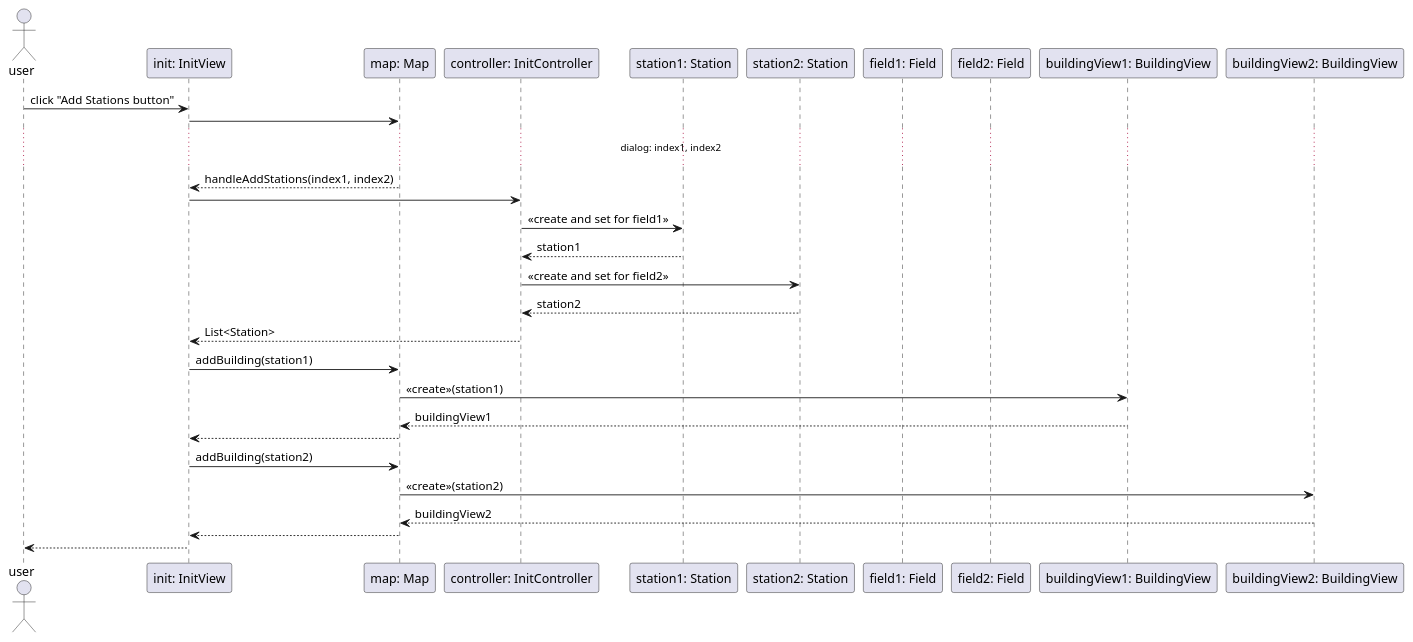
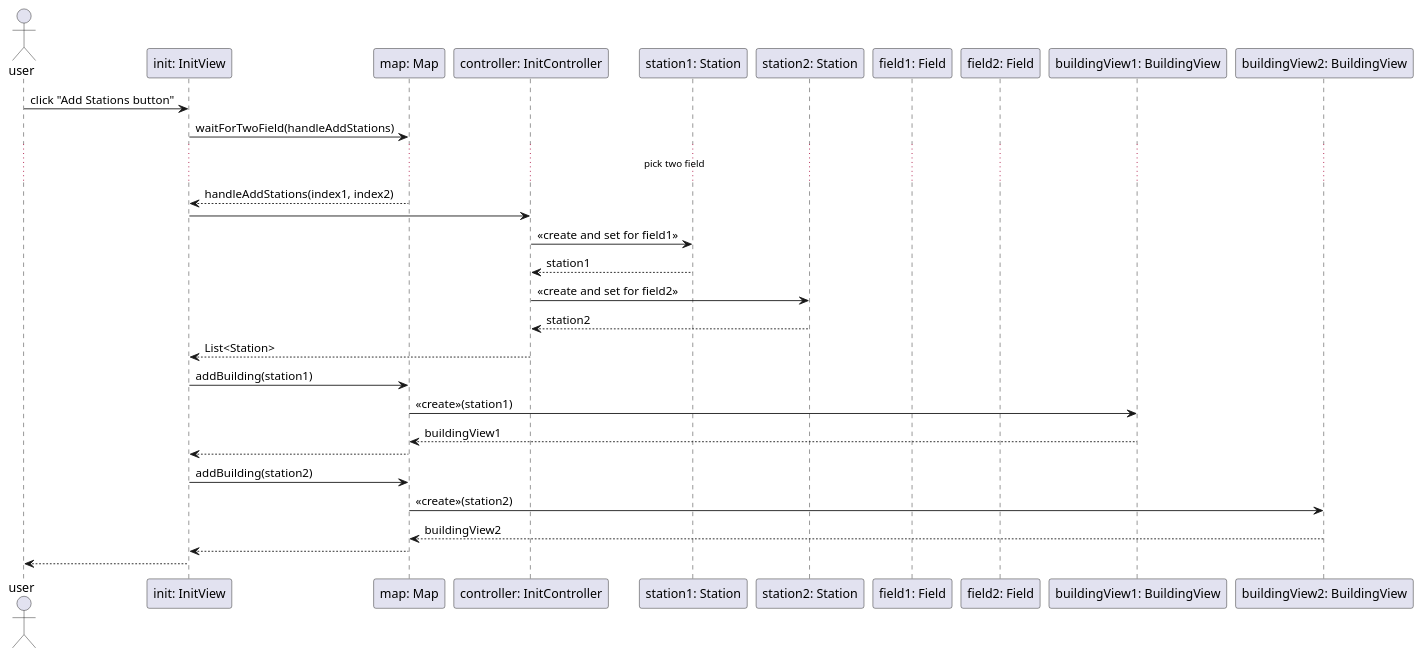
Before and after one commit to uhrinandor/spring: the diagram in docs/graphics/sequence/addStation.plantuml, drawn with PlantUML. The commit also changed 6 other files, not shown here.

```diff
--- a/docs/graphics/sequence/addStation.plantuml
+++ b/docs/graphics/sequence/addStation.plantuml
@@ -1,37 +1,37 @@
 @startuml
 
 actor "user" as user
 participant "init: InitView" as init
 participant "map: Map" as map
 participant "controller: InitController" as controller
 participant "station1: Station" as 1
 participant "station2: Station" as 2
 participant "field1: Field" as field1
 participant "field2: Field" as field2
 participant "buildingView1: BuildingView" as buildingView1
 participant "buildingView2: BuildingView" as buildingView2
 
 user -> init: click "Add Stations button"
-init -> map:
-   ... dialog: index1, index2...
+init -> map: waitForTwoField(handleAddStations)
+   ... pick two field ...
 map --> init: handleAddStations(index1, index2)
 
 init -> controller:
 controller -> 1: <<create and set for field1>>
 1 --> controller: station1
 controller -> 2: <<create and set for field2>>
 2 --> controller: station2
 
 controller --> init: List<Station>
 
 init -> map: addBuilding(station1)
 map -> buildingView1: <<create>>(station1)
 buildingView1 --> map: buildingView1
 map --> init:
 init -> map: addBuilding(station2)
 map -> buildingView2: <<create>>(station2)
 buildingView2 --> map: buildingView2
 map --> init:
 init --> user:
 
 @enduml
```
